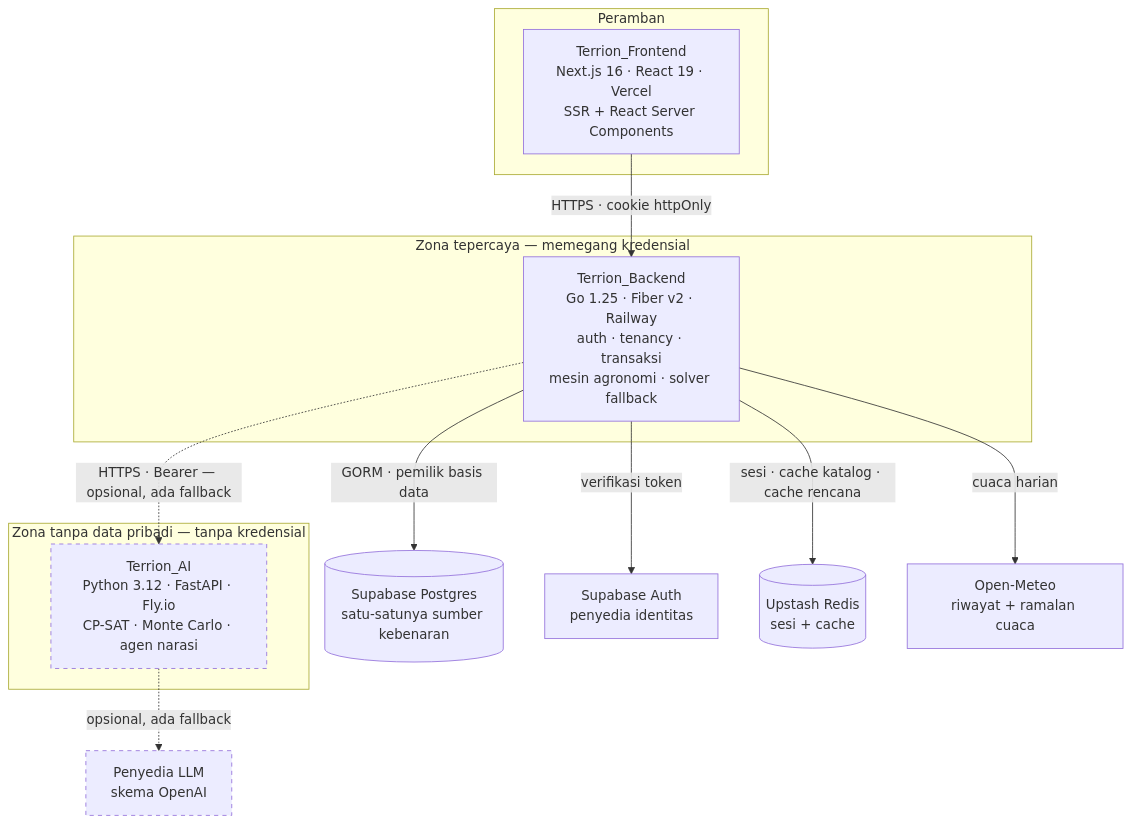
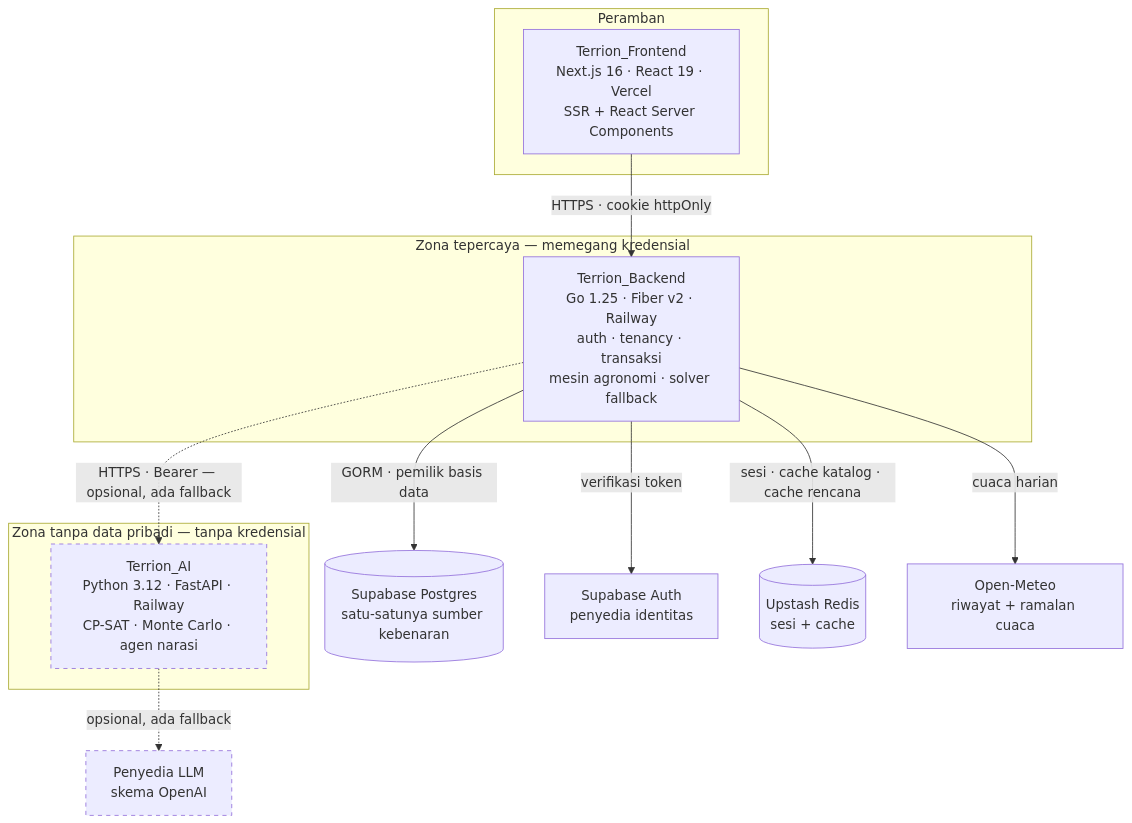
Before and after one commit to ITechnoCup2026/Terrion_Readme: the second of 3 diagrams in README.md, drawn with Mermaid. The commit also changed other lines of this file, not shown here.

````diff
--- a/README.md
+++ b/README.md
@@ -1929,31 +1894,31 @@
 ```mermaid
 graph TB
     subgraph client["Peramban"]
         fe["Terrion_Frontend<br/>Next.js 16 · React 19 · Vercel<br/>SSR + React Server Components"]
     end
 
     subgraph core["Zona tepercaya — memegang kredensial"]
         api["Terrion_Backend<br/>Go 1.25 · Fiber v2 · Railway<br/>auth · tenancy · transaksi<br/>mesin agronomi · solver fallback"]
     end
 
     subgraph aizone["Zona tanpa data pribadi — tanpa kredensial"]
-        aisvc["Terrion_AI<br/>Python 3.12 · FastAPI · Fly.io<br/>CP-SAT · Monte Carlo · agen narasi"]
+        aisvc["Terrion_AI<br/>Python 3.12 · FastAPI · Railway<br/>CP-SAT · Monte Carlo · agen narasi"]
     end
 
     db[("Supabase Postgres<br/>satu-satunya sumber kebenaran")]
     auth["Supabase Auth<br/>penyedia identitas"]
     redis[("Upstash Redis<br/>sesi + cache")]
     om["Open-Meteo<br/>riwayat + ramalan cuaca"]
     llm["Penyedia LLM<br/>skema OpenAI"]
 
     fe -->|"HTTPS · cookie httpOnly"| api
     api -->|"GORM · pemilik basis data"| db
     api -->|"verifikasi token"| auth
     api -->|"sesi · cache katalog · cache rencana"| redis
     api -->|"cuaca harian"| om
     api -.->|"HTTPS · Bearer — opsional, ada fallback"| aisvc
     aisvc -.->|"opsional, ada fallback"| llm
 
     style aisvc stroke-dasharray: 5 5
     style llm stroke-dasharray: 5 5
 ```
````
